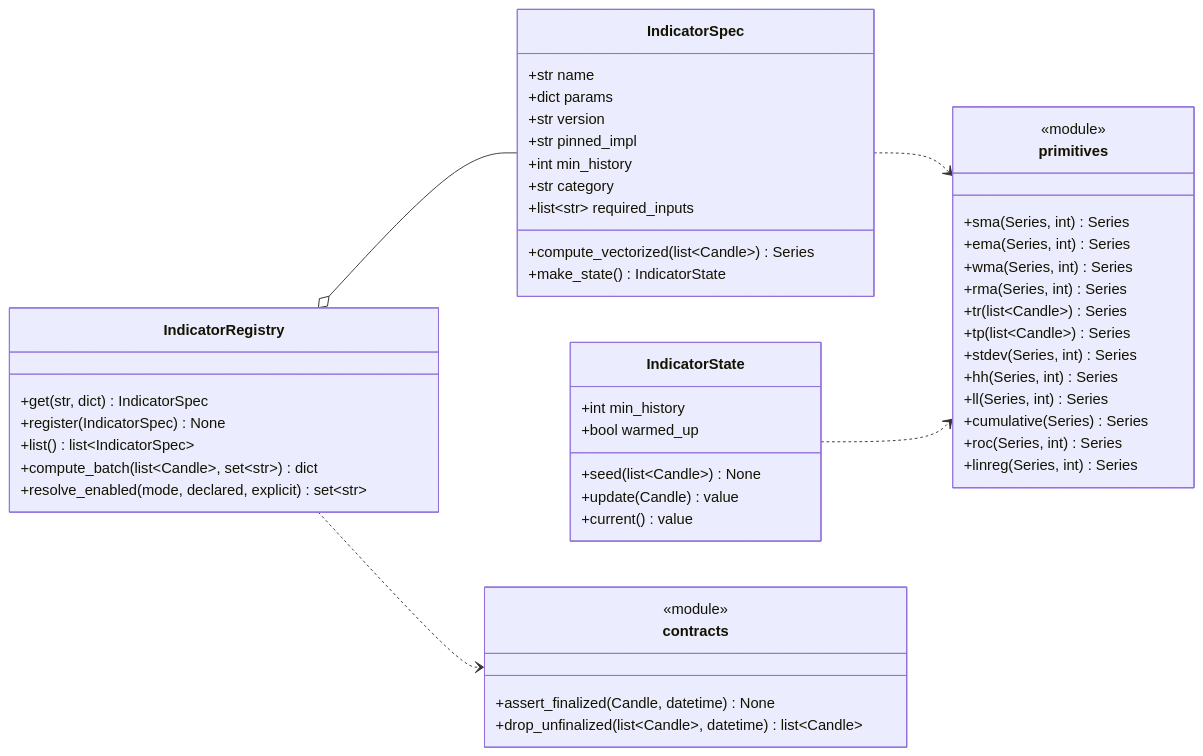
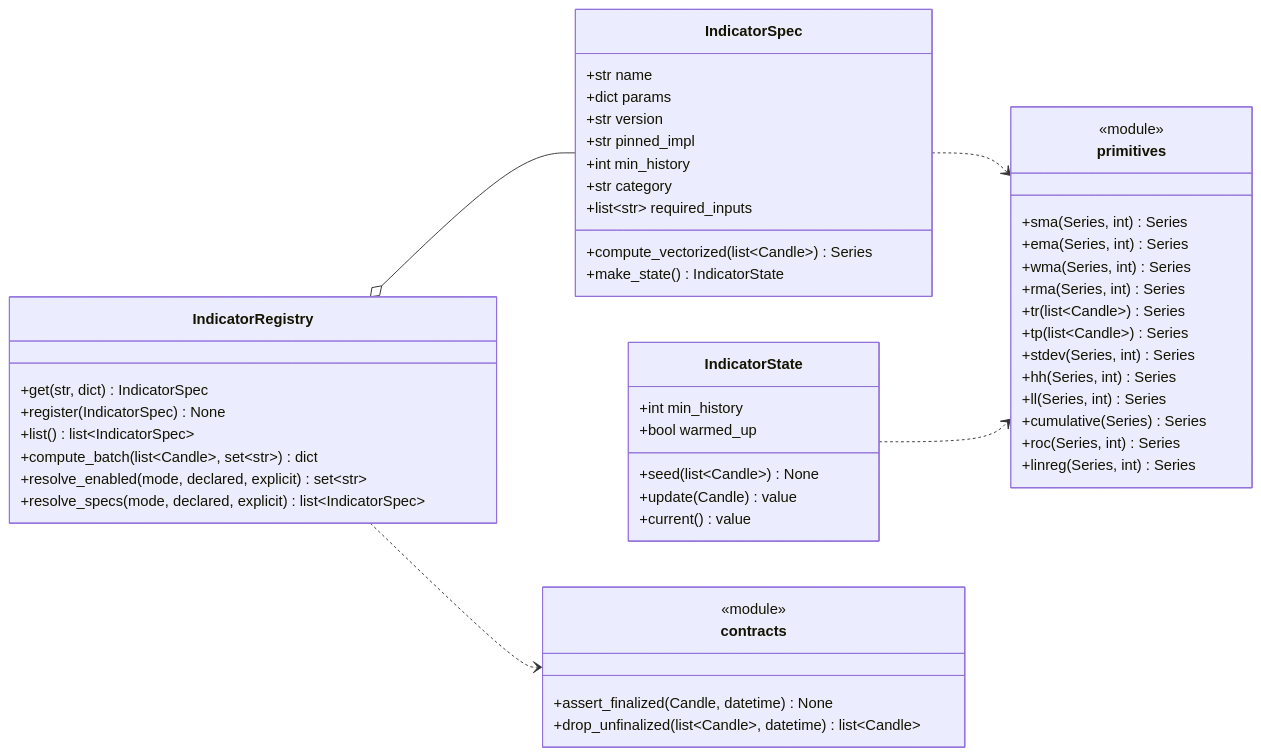
One commit to vessel35/trading-system-v2 changed the eighth of 28 diagrams in docs/fullspec/backtest_v2_detailed_design.md. Above: the diagram before and after it, drawn with Mermaid. The commit also changed other lines of this file and 2 other files, not shown here.

````diff
--- a/docs/fullspec/backtest_v2_detailed_design.md
+++ b/docs/fullspec/backtest_v2_detailed_design.md
@@ -1372,53 +1378,54 @@
 ```mermaid
 classDiagram
     direction LR
     class IndicatorSpec {
         +str name
         +dict params
         +str version
         +str pinned_impl
         +int min_history
         +str category
         +list~str~ required_inputs
         +compute_vectorized(list~Candle~) Series
         +make_state() IndicatorState
     }
     class IndicatorRegistry {
         +get(str, dict) IndicatorSpec
         +register(IndicatorSpec) None
         +list() list~IndicatorSpec~
         +compute_batch(list~Candle~, set~str~) dict
         +resolve_enabled(mode, declared, explicit) set~str~
+        +resolve_specs(mode, declared, explicit) list~IndicatorSpec~
     }
     class IndicatorState {
         +int min_history
         +bool warmed_up
         +seed(list~Candle~) None
         +update(Candle) value
         +current() value
     }
     class contracts {
         <<module>>
         +assert_finalized(Candle, datetime) None
         +drop_unfinalized(list~Candle~, datetime) list~Candle~
     }
     class primitives {
         <<module>>
         +sma(Series, int) Series
         +ema(Series, int) Series
         +wma(Series, int) Series
         +rma(Series, int) Series
         +tr(list~Candle~) Series
         +tp(list~Candle~) Series
         +stdev(Series, int) Series
         +hh(Series, int) Series
         +ll(Series, int) Series
         +cumulative(Series) Series
         +roc(Series, int) Series
         +linreg(Series, int) Series
     }
     IndicatorRegistry o-- IndicatorSpec
     IndicatorSpec ..> primitives
     IndicatorState ..> primitives
     IndicatorRegistry ..> contracts
 ```
````
